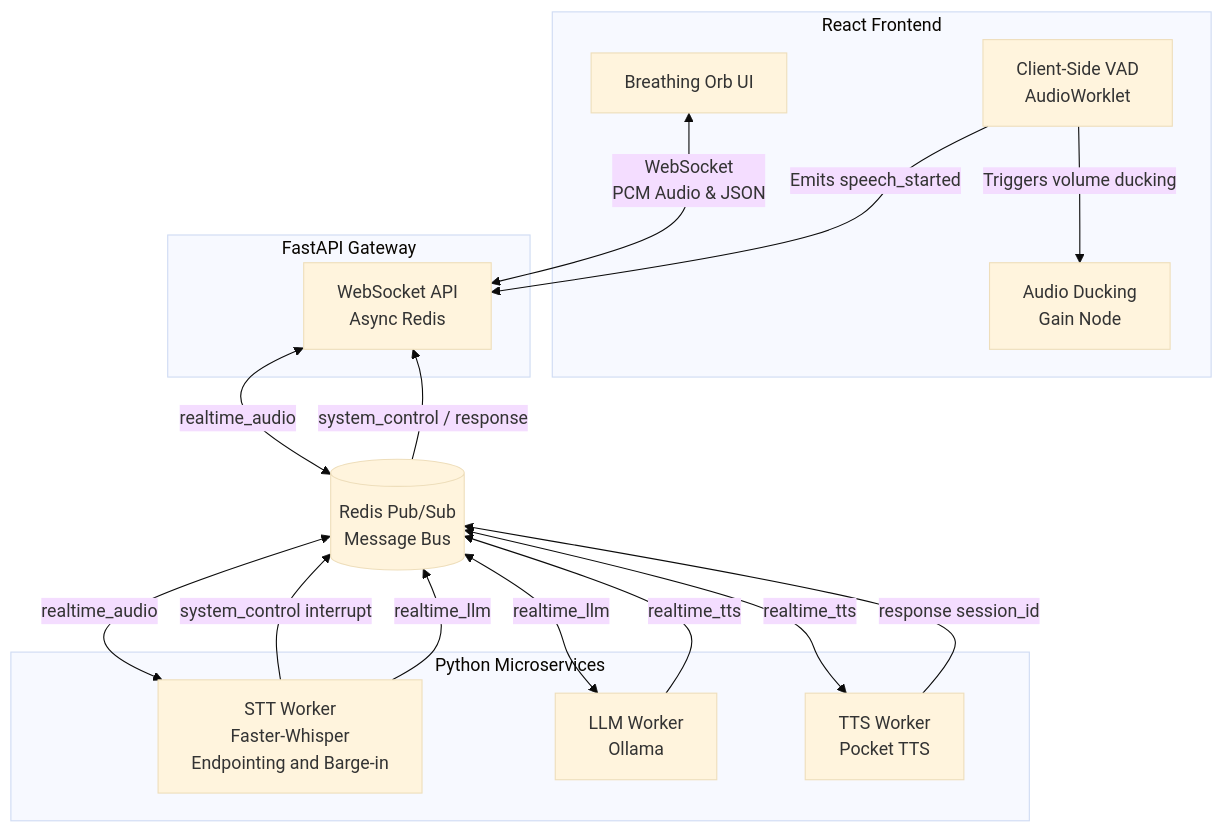
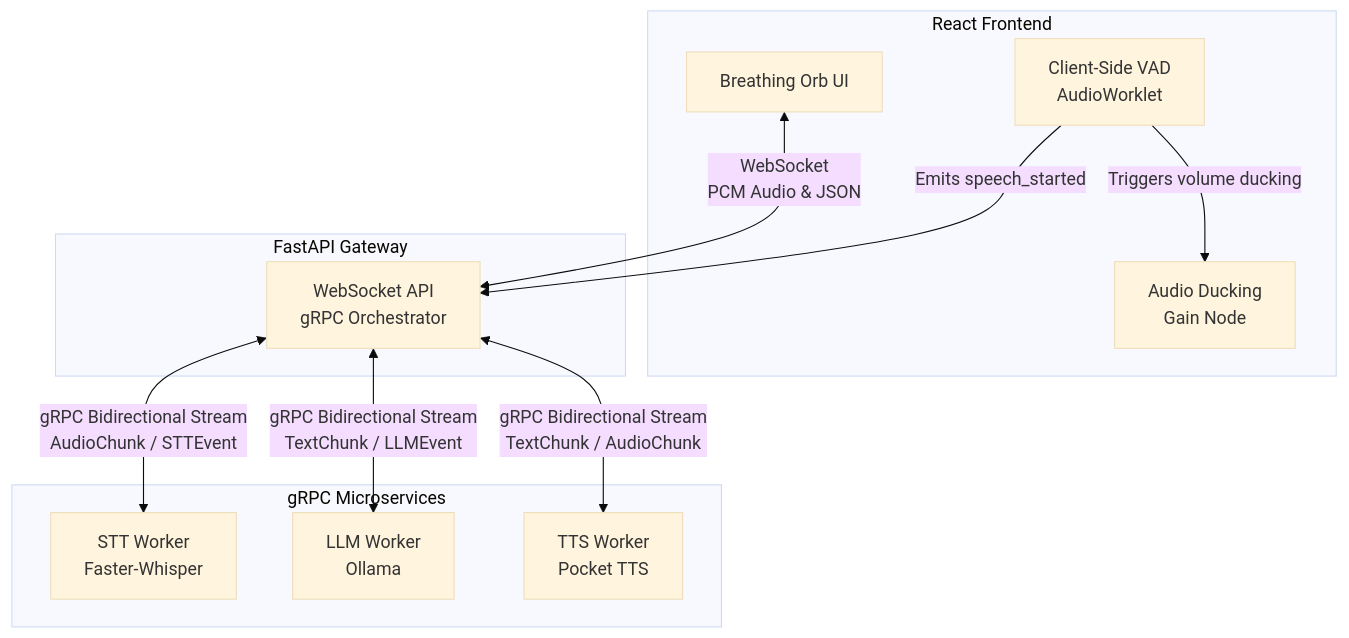
Before and after one commit to d1pankarmedhi/CascadeS2S: the first of 2 diagrams in README.md, drawn with Mermaid (base theme). The commit also changed other lines of this file and 1 other file, not shown here.

````diff
--- a/README.md
+++ b/README.md
@@ -45,39 +45,27 @@
 ```mermaid
 graph TD
     subgraph Frontend [React Frontend]
         UI[Breathing Orb UI]
         VAD[Client-Side VAD<br>AudioWorklet]
         Gain[Audio Ducking<br>Gain Node]
     end
 
     subgraph Backend [FastAPI Gateway]
-        API[WebSocket API<br>Async Redis]
+        API[WebSocket API<br>gRPC Orchestrator]
     end
 
-    subgraph Workers [Python Microservices]
-        STT[STT Worker<br>Faster-Whisper<br>Endpointing and Barge-in]
+    subgraph Workers [gRPC Microservices]
+        STT[STT Worker<br>Faster-Whisper]
         LLM[LLM Worker<br>Ollama]
         TTS[TTS Worker<br>Pocket TTS]
     end
-
-    Redis[(Redis Pub/Sub<br>Message Bus)]
 
     %% Connections
     UI <-->|WebSocket<br>PCM Audio & JSON| API
     VAD -->|Triggers volume ducking| Gain
     VAD -->|Emits speech_started| API
     
-    API <-->|realtime_audio| Redis
-    
-    Redis <-->|realtime_audio| STT
-    STT -->|system_control interrupt| Redis
-    STT -->|realtime_llm| Redis
-    
-    Redis <-->|realtime_llm| LLM
-    LLM -->|realtime_tts| Redis
-    
-    Redis <-->|realtime_tts| TTS
-    TTS -->|response session_id| Redis
-    
-    Redis -->|system_control / response| API
+    API <-->|gRPC Bidirectional Stream<br>AudioChunk / STTEvent| STT
+    API <-->|gRPC Bidirectional Stream<br>TextChunk / LLMEvent| LLM
+    API <-->|gRPC Bidirectional Stream<br>TextChunk / AudioChunk| TTS
 ```
````
